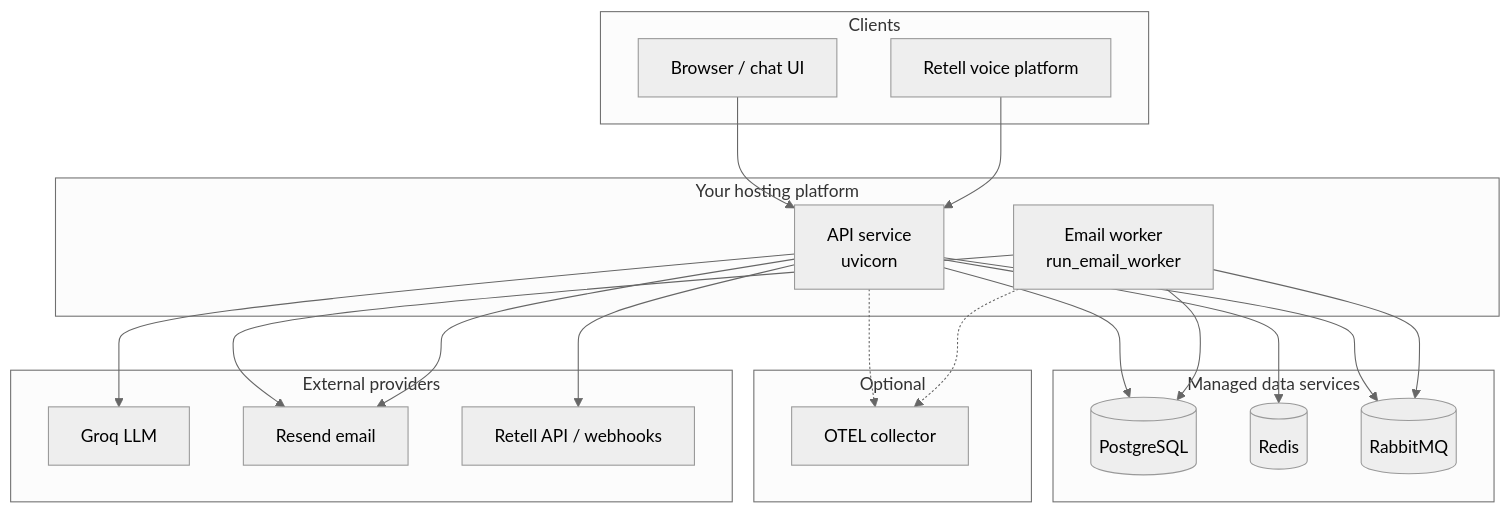
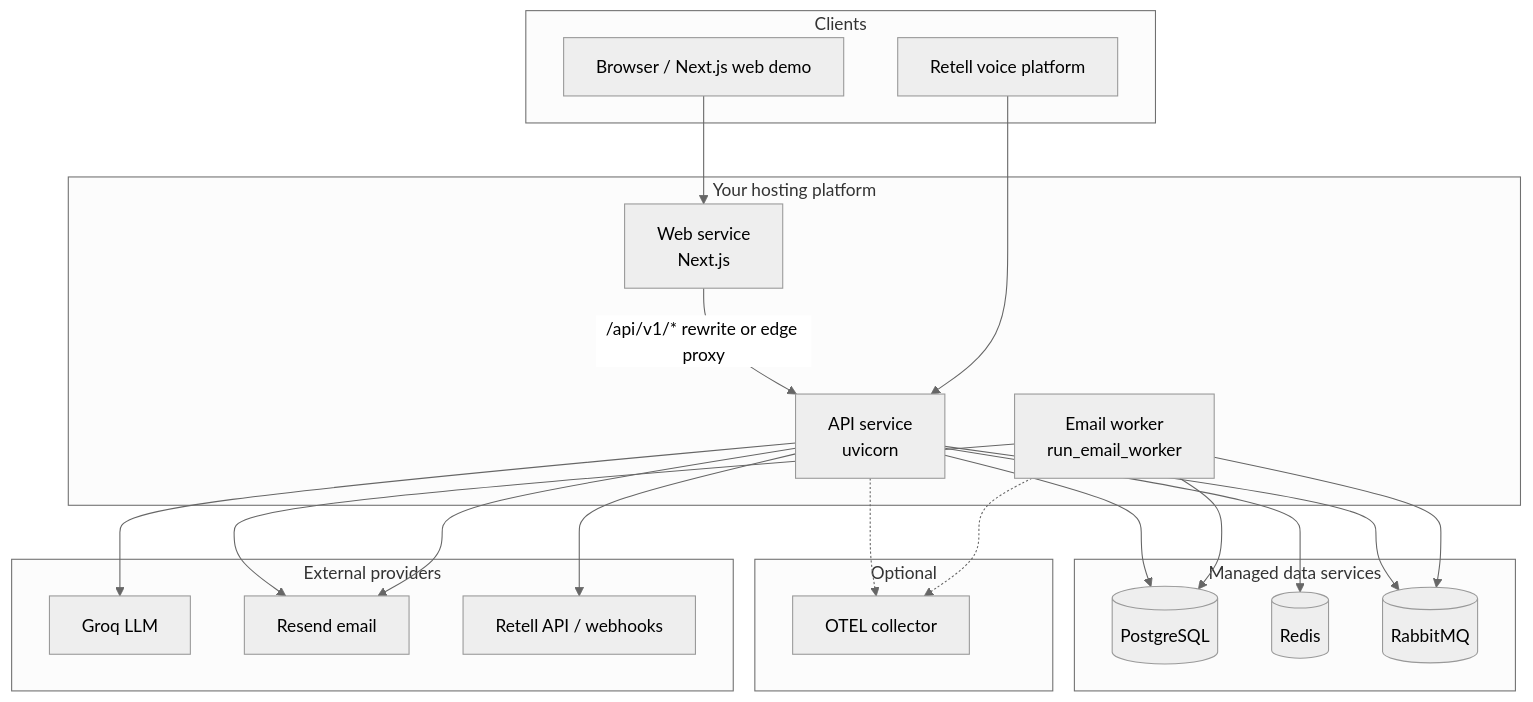
The diagram in docs/operations/public-demo-deployment.md (philgodoy96/ai-clinic-receptionist-platform), drawn with Mermaid (neutral theme) before and after one commit. The commit also changed other lines of this file and 3 other files, not shown here.

Commit message:
docs: document public demo web experience

````diff
--- a/docs/operations/public-demo-deployment.md
+++ b/docs/operations/public-demo-deployment.md
@@ -9,42 +9,44 @@
 ```mermaid
 flowchart TB
     subgraph clients [Clients]
-        Browser[Browser / chat UI]
+        Browser[Browser / Next.js web demo]
         Retell[Retell voice platform]
     end
 
     subgraph platform [Your hosting platform]
+        Web[Web service<br/>Next.js]
         API[API service<br/>uvicorn]
         Worker[Email worker<br/>run_email_worker]
     end
 
     subgraph data [Managed data services]
         PG[(PostgreSQL)]
         Redis[(Redis)]
         RMQ[(RabbitMQ)]
     end
 
     subgraph optional [Optional]
         OTEL[OTEL collector]
     end
 
     subgraph external [External providers]
         Groq[Groq LLM]
         Resend[Resend email]
         RetellAPI[Retell API / webhooks]
     end
 
-    Browser --> API
+    Browser --> Web
+    Web -->|"/api/v1/* rewrite or edge proxy"| API
     Retell --> API
     API --> PG
     API --> Redis
     API --> RMQ
     Worker --> PG
     Worker --> RMQ
     Worker --> Resend
     API --> Groq
     API --> Resend
     API -.-> OTEL
     Worker -.-> OTEL
     API --> RetellAPI
 ```
````
